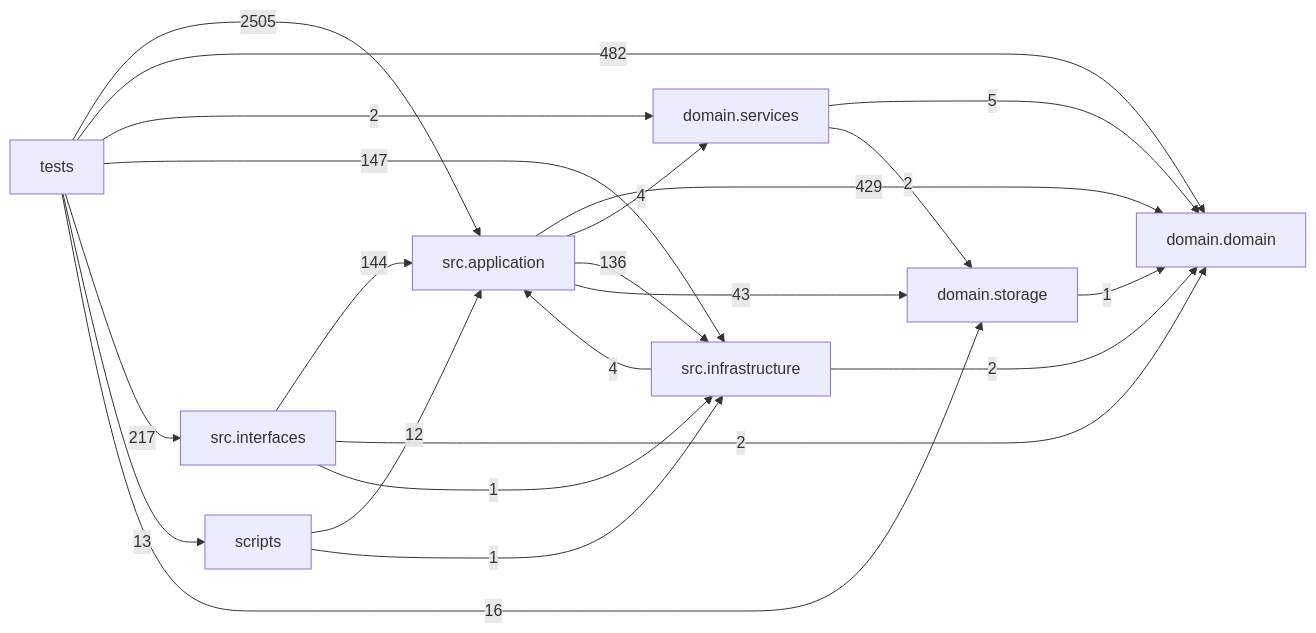
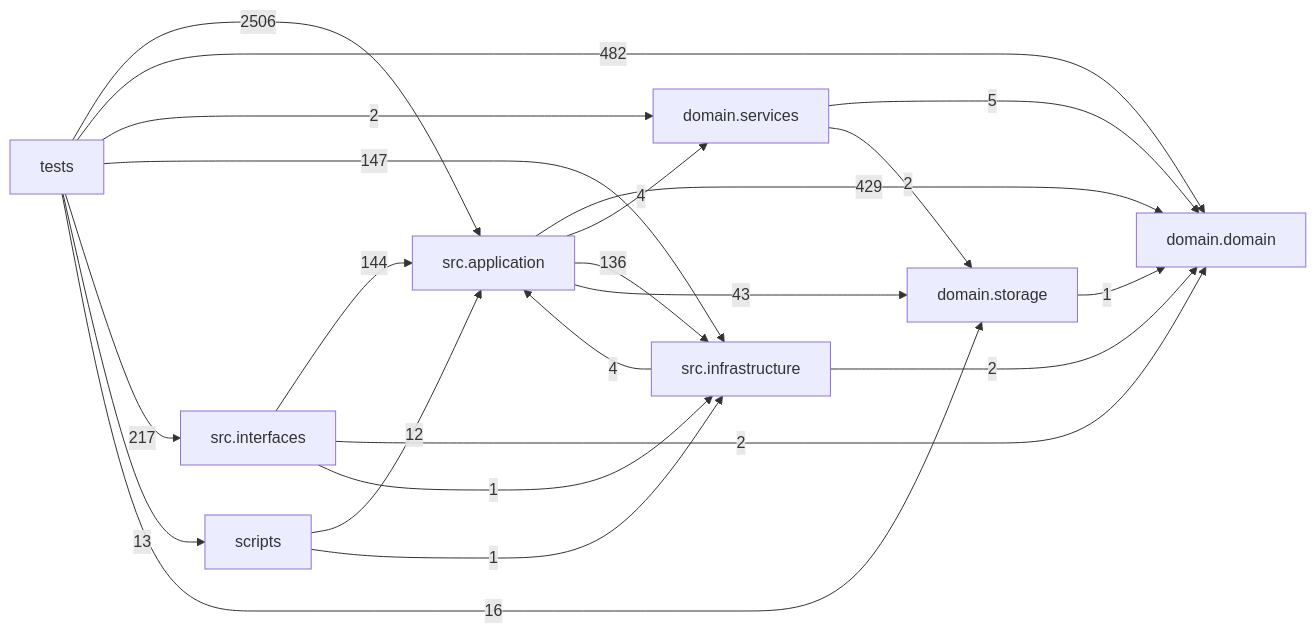
One commit to liuxie066/options-monitor changed the diagram in docs/DEPENDENCY_GRAPH.md. Above: the diagram before and after it, drawn with Mermaid. The commit also changed other lines of this file and 12 other files, not shown here.

````diff
--- a/docs/DEPENDENCY_GRAPH.md
+++ b/docs/DEPENDENCY_GRAPH.md
@@ -24,32 +24,32 @@
 ```mermaid
 flowchart LR
   tests["tests"]
   scripts["scripts"]
   interfaces["src.interfaces"]
   application["src.application"]
   infrastructure["src.infrastructure"]
   domain_services["domain.services"]
   domain["domain.domain"]
   storage["domain.storage"]
   application -->|429| domain
   application -->|4| domain_services
   application -->|136| infrastructure
   application -->|43| storage
   domain_services -->|5| domain
   domain_services -->|2| storage
   infrastructure -->|4| application
   infrastructure -->|2| domain
   interfaces -->|144| application
   interfaces -->|2| domain
   interfaces -->|1| infrastructure
   scripts -->|12| application
   scripts -->|1| infrastructure
   storage -->|1| domain
-  tests -->|2505| application
+  tests -->|2506| application
   tests -->|482| domain
   tests -->|2| domain_services
   tests -->|147| infrastructure
   tests -->|217| interfaces
   tests -->|13| scripts
   tests -->|16| storage
 ```
````
